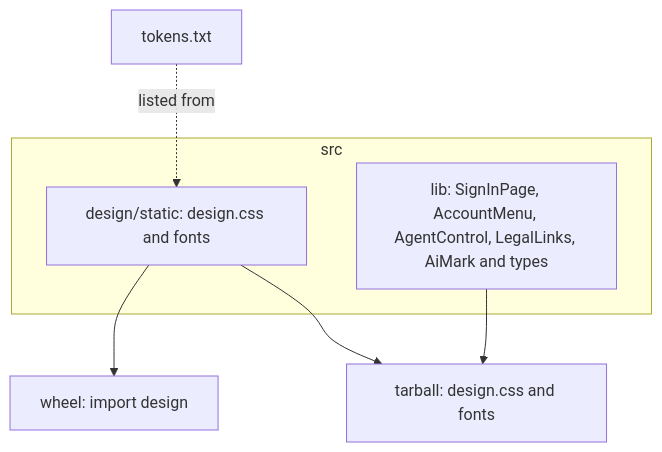
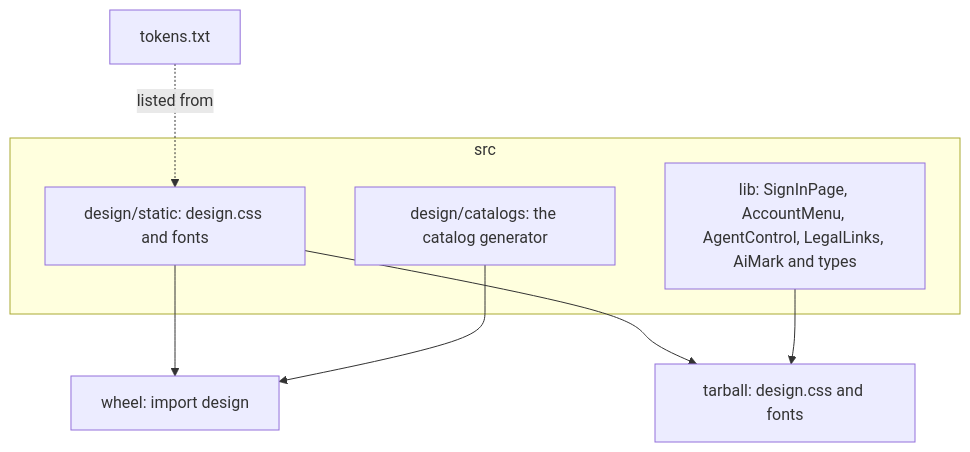
Before and after one commit to overnightworks/appkit: the second of 3 diagrams in docs/ARCHITECTURE.md, drawn with Mermaid. The commit also changed other lines of this file and 19 other files, not shown here.

````diff
--- a/docs/ARCHITECTURE.md
+++ b/docs/ARCHITECTURE.md
@@ -32,11 +34,13 @@
 ```mermaid
 flowchart TB
   subgraph source[src]
     css[design/static: design.css and fonts]
     comp[lib: SignInPage, AccountMenu, AgentControl, LegalLinks, AiMark and types]
+    gen[design/catalogs: the catalog generator]
   end
   css --> wheel[wheel: import design]
+  gen --> wheel
   css --> tgz[tarball: design.css and fonts]
   comp --> tgz
   tokens[tokens.txt] -. listed from .-> css
 ```
````
